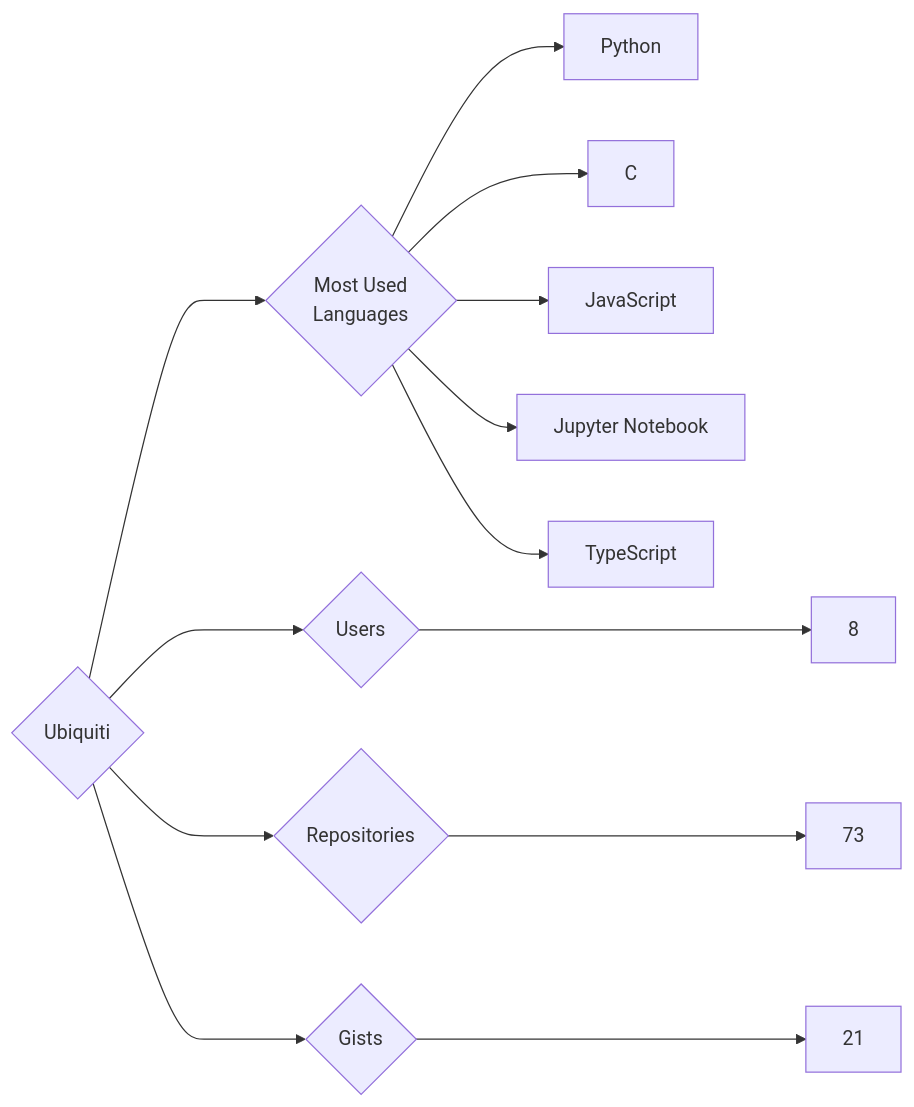
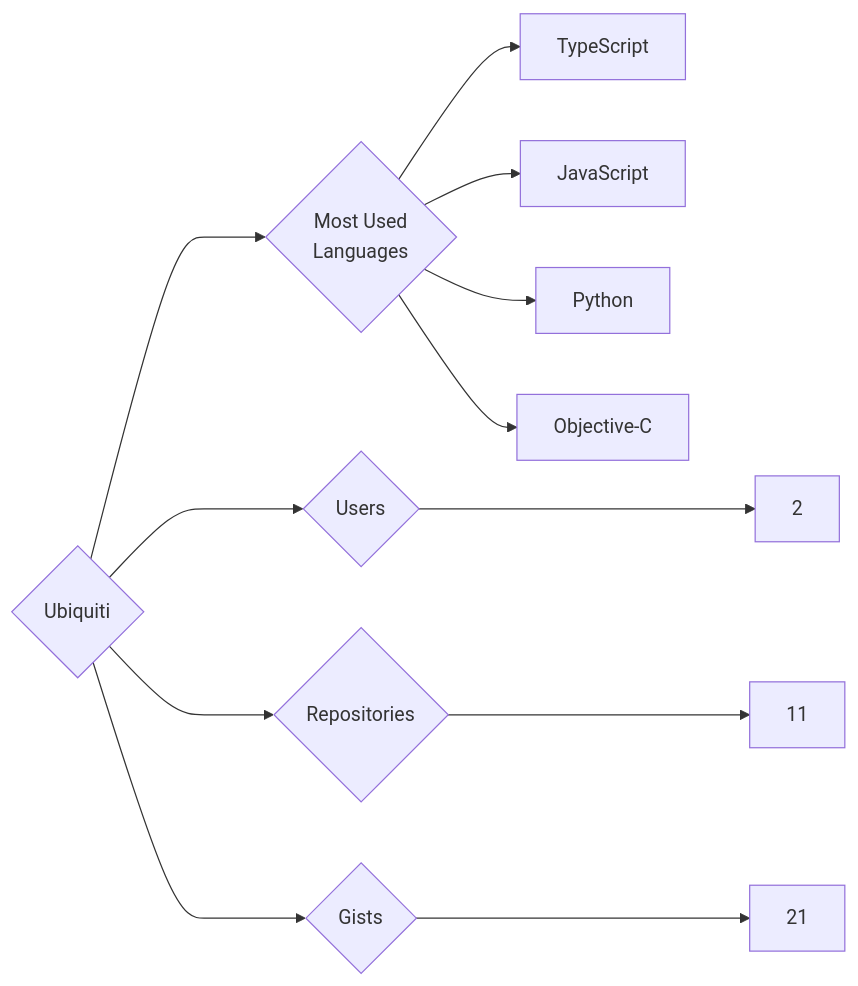
The diagram in targets/Ubiquiti/README.md (trickest/insiders), drawn with Mermaid before and after one commit. The commit also changed 823 other files, not shown here.

````diff
--- a/targets/Ubiquiti/README.md
+++ b/targets/Ubiquiti/README.md
@@ -3,13 +3,12 @@
 ```mermaid
 graph LR
 COMPANY_NAME{Ubiquiti}
-COMPANY_NAME ---> U{Users} ---> UN[8]
-COMPANY_NAME ---> R{Repositories} ---> RN[73]
+COMPANY_NAME ---> U{Users} ---> UN[2]
+COMPANY_NAME ---> R{Repositories} ---> RN[11]
 COMPANY_NAME ---> G{Gists} ---> GN[21]
 COMPANY_NAME ---> ML{Most Used<br>Languages}
+ML --> TypeScript[TypeScript]
+ML --> JavaScript[JavaScript]
 ML --> Python[Python]
-ML --> C[C]
-ML --> JavaScript[JavaScript]
-ML --> Jupyter_Notebook[Jupyter Notebook]
-ML --> TypeScript[TypeScript]
+ML --> Objective-C[Objective-C]
 ```
````
